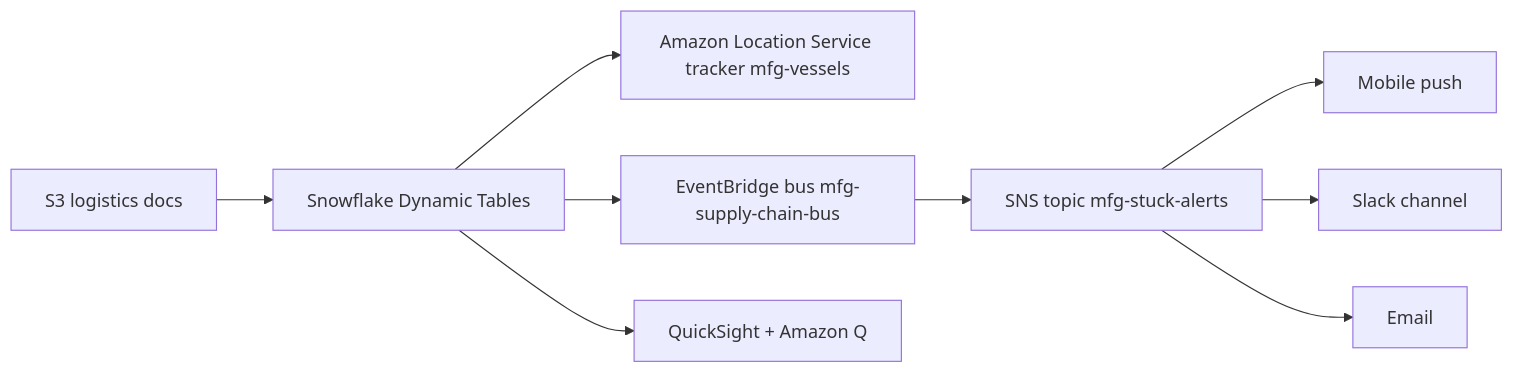
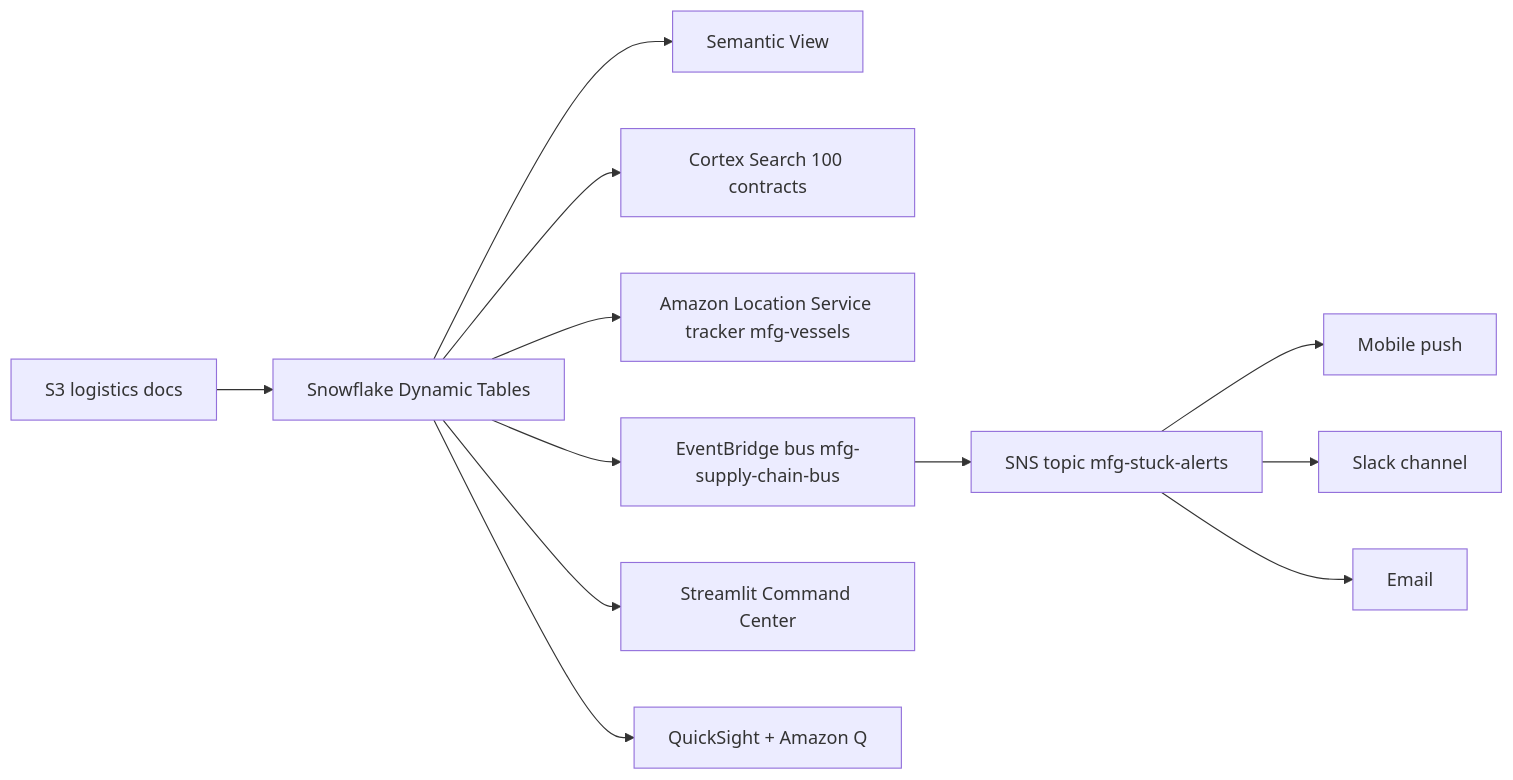
Before and after one commit to sfc-gh-jasvestis/aws-manufacturing-logistics: the diagram in README.md, drawn with Mermaid. The commit also changed other lines of this file, not shown here.

Commit message:
Merge AWS Hero into Architecture as one balanced Snowflake+AWS section

````diff
--- a/README.md
+++ b/README.md
@@ -9,11 +9,14 @@
 ```mermaid
 flowchart LR
     S3[S3 logistics docs] --> SF[Snowflake Dynamic Tables]
+    SF --> SemView[Semantic View]
+    SF --> CSearch[Cortex Search 100 contracts]
     SF --> LOC[Amazon Location Service tracker mfg-vessels]
     SF --> EB[EventBridge bus mfg-supply-chain-bus]
     EB --> SNS[SNS topic mfg-stuck-alerts]
     SNS --> Mobile[Mobile push]
     SNS --> Slack[Slack channel]
     SNS --> Email[Email]
+    SF --> ST[Streamlit Command Center]
     SF --> QS[QuickSight + Amazon Q]
 ```
````
